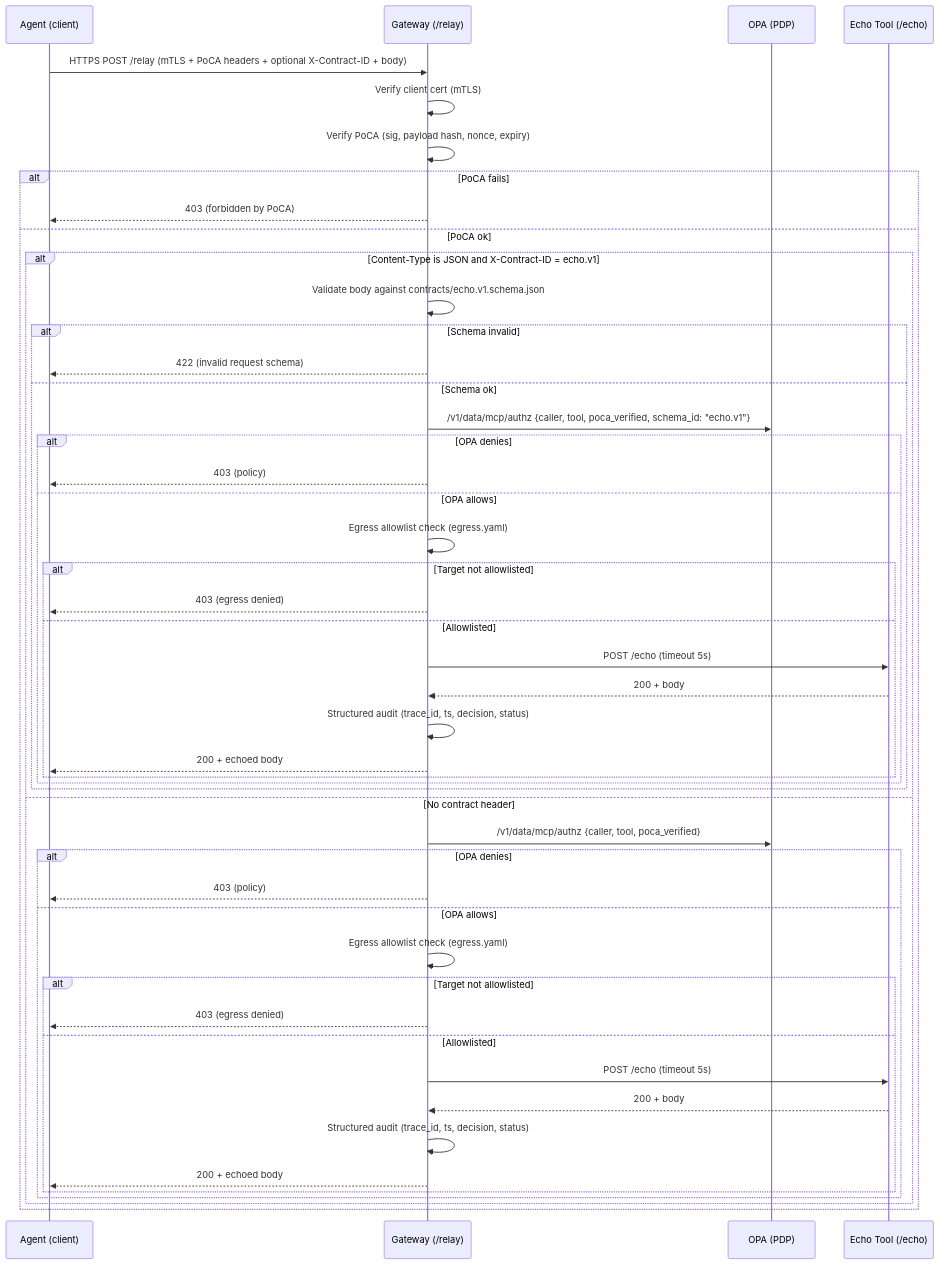
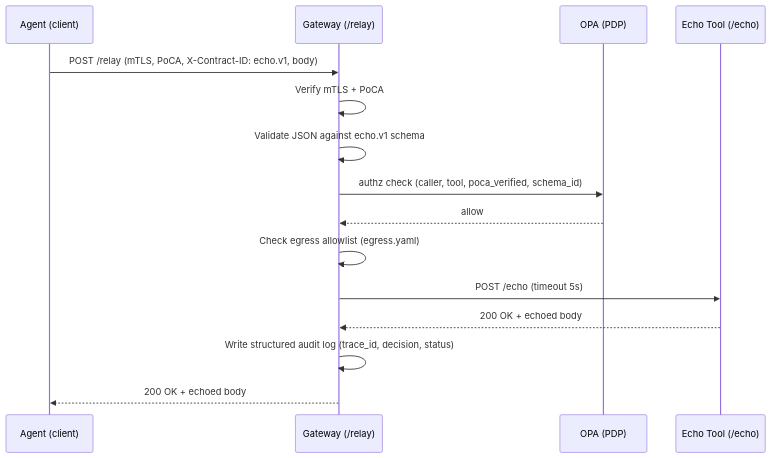
Before and after one commit to takumiSudo/zt-sanctum: the first of 3 diagrams in readme.md, drawn with Mermaid. The commit also changed other lines of this file, not shown here.

````diff
--- a/readme.md
+++ b/readme.md
@@ -11,51 +13,18 @@
 ```mermaid
 sequenceDiagram
   participant Agent as Agent (client)
   participant GW as Gateway (/relay)
   participant OPA as OPA (PDP)
   participant Echo as Echo Tool (/echo)
 
-  Agent->>GW: HTTPS POST /relay (mTLS + PoCA headers + optional X-Contract-ID + body)
-  GW->>GW: Verify client cert (mTLS)
-  GW->>GW: Verify PoCA (sig, payload hash, nonce, expiry)
-  alt PoCA fails
-    GW-->>Agent: 403 (forbidden by PoCA)
-  else PoCA ok
-    alt Content-Type is JSON and X-Contract-ID = echo.v1
-      GW->>GW: Validate body against contracts/echo.v1.schema.json
-      alt Schema invalid
-        GW-->>Agent: 422 (invalid request schema)
-      else Schema ok
-        GW->>OPA: /v1/data/mcp/authz {caller, tool, poca_verified, schema_id: "echo.v1"}
-        alt OPA denies
-          GW-->>Agent: 403 (policy)
-        else OPA allows
-          GW->>GW: Egress allowlist check (egress.yaml)
-          alt Target not allowlisted
-            GW-->>Agent: 403 (egress denied)
-          else Allowlisted
-            GW->>Echo: POST /echo (timeout 5s)
-            Echo-->>GW: 200 + body
-            GW->>GW: Structured audit (trace_id, ts, decision, status)
-            GW-->>Agent: 200 + echoed body
-          end
-        end
-      end
-    else No contract header
-      GW->>OPA: /v1/data/mcp/authz {caller, tool, poca_verified}
-      alt OPA denies
-        GW-->>Agent: 403 (policy)
-      else OPA allows
-        GW->>GW: Egress allowlist check (egress.yaml)
-        alt Target not allowlisted
-          GW-->>Agent: 403 (egress denied)
-        else Allowlisted
-          GW->>Echo: POST /echo (timeout 5s)
-          Echo-->>GW: 200 + body
-          GW->>GW: Structured audit (trace_id, ts, decision, status)
-          GW-->>Agent: 200 + echoed body
-        end
-      end
-    end
-  end
+  Agent->>GW: POST /relay (mTLS, PoCA, X-Contract-ID: echo.v1, body)
+  GW->>GW: Verify mTLS + PoCA
+  GW->>GW: Validate JSON against echo.v1 schema
+  GW->>OPA: authz check (caller, tool, poca_verified, schema_id)
+  OPA-->>GW: allow
+  GW->>GW: Check egress allowlist (egress.yaml)
+  GW->>Echo: POST /echo (timeout 5s)
+  Echo-->>GW: 200 OK + echoed body
+  GW->>GW: Write structured audit log (trace_id, decision, status)
+  GW-->>Agent: 200 OK + echoed body
 ```
````
